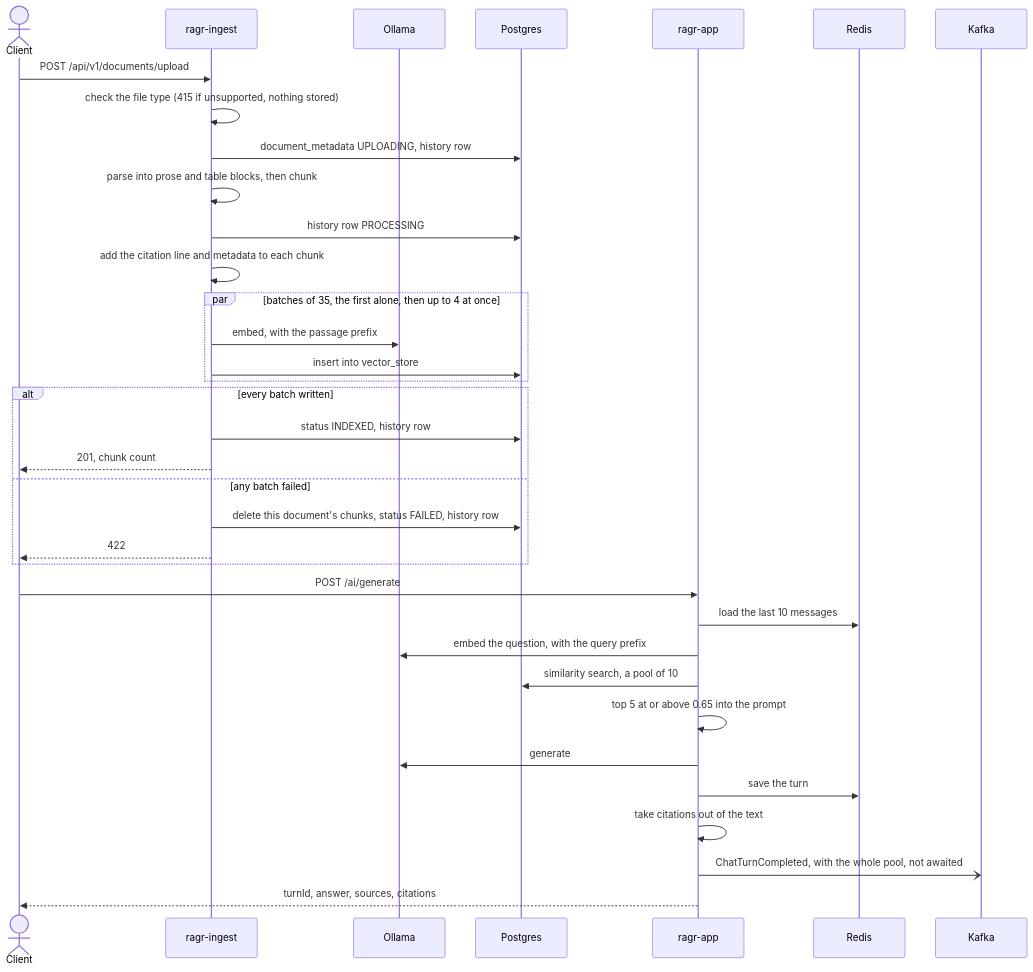
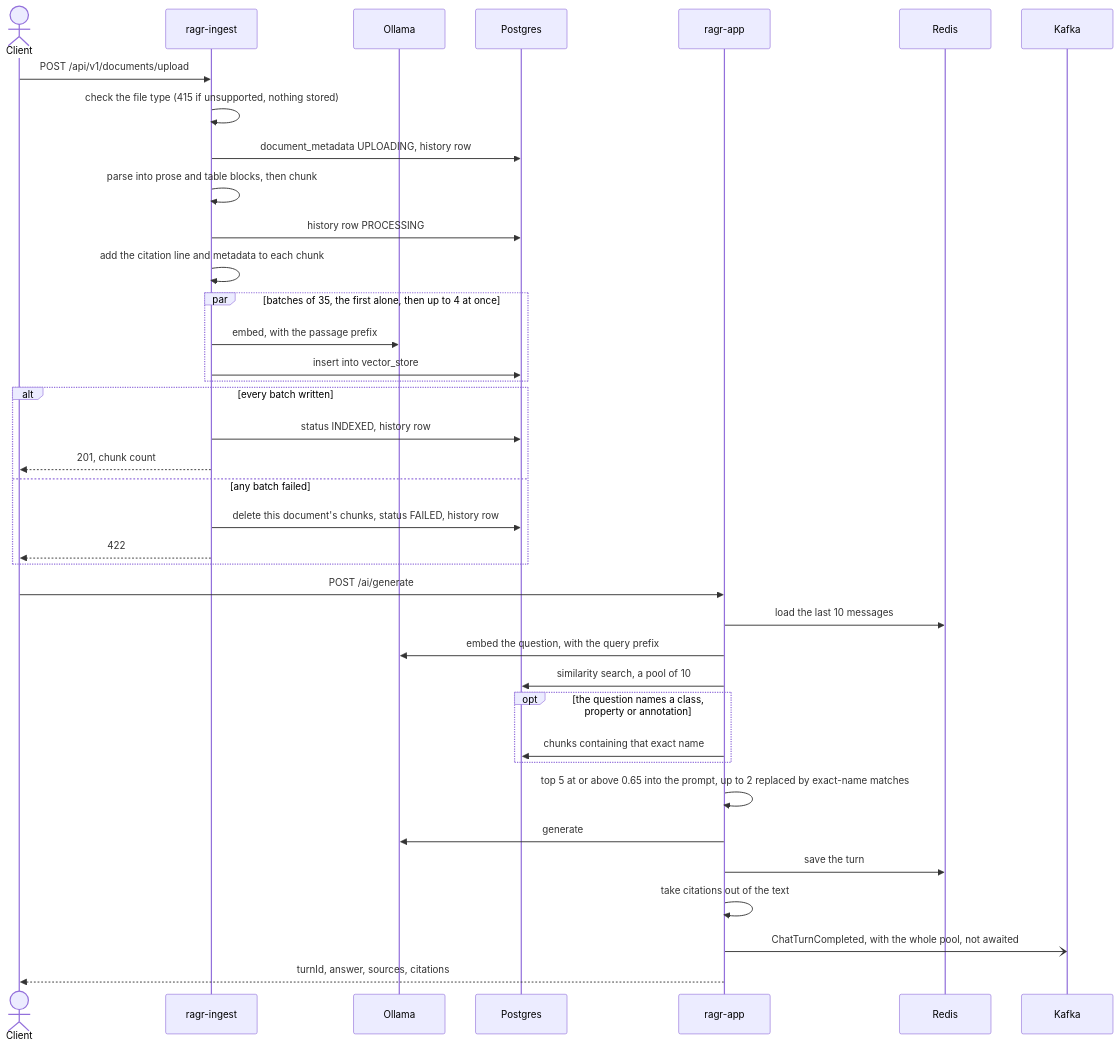
One commit to subhanmishra/spring-ai changed the second of 3 diagrams in README.md. Above: the diagram before and after it, drawn with Mermaid. The commit also changed 17 other files, not shown here.

First line of the commit message:
Add hybrid search for exact names; keep pages out of page-less prompts

````diff
--- a/README.md
+++ b/README.md
@@ -118,39 +118,42 @@
 ```mermaid
 sequenceDiagram
     actor U as Client
     participant I as ragr-ingest
     participant O as Ollama
     participant P as Postgres
     participant C as ragr-app
     participant R as Redis
     participant K as Kafka
 
     U->>I: POST /api/v1/documents/upload
     I->>I: check the file type (415 if unsupported, nothing stored)
     I->>P: document_metadata UPLOADING, history row
     I->>I: parse into prose and table blocks, then chunk
     I->>P: history row PROCESSING
     I->>I: add the citation line and metadata to each chunk
     par batches of 35, the first alone, then up to 4 at once
         I->>O: embed, with the passage prefix
         I->>P: insert into vector_store
     end
     alt every batch written
         I->>P: status INDEXED, history row
         I-->>U: 201, chunk count
     else any batch failed
         I->>P: delete this document's chunks, status FAILED, history row
         I-->>U: 422
     end
 
     U->>C: POST /ai/generate
     C->>R: load the last 10 messages
     C->>O: embed the question, with the query prefix
     C->>P: similarity search, a pool of 10
-    C->>C: top 5 at or above 0.65 into the prompt
+    opt the question names a class, property or annotation
+        C->>P: chunks containing that exact name
+    end
+    C->>C: top 5 at or above 0.65 into the prompt, up to 2 replaced by exact-name matches
     C->>O: generate
     C->>R: save the turn
     C->>C: take citations out of the text
     C-)K: ChatTurnCompleted, with the whole pool, not awaited
     C-->>U: turnId, answer, sources, citations
 ```
````
